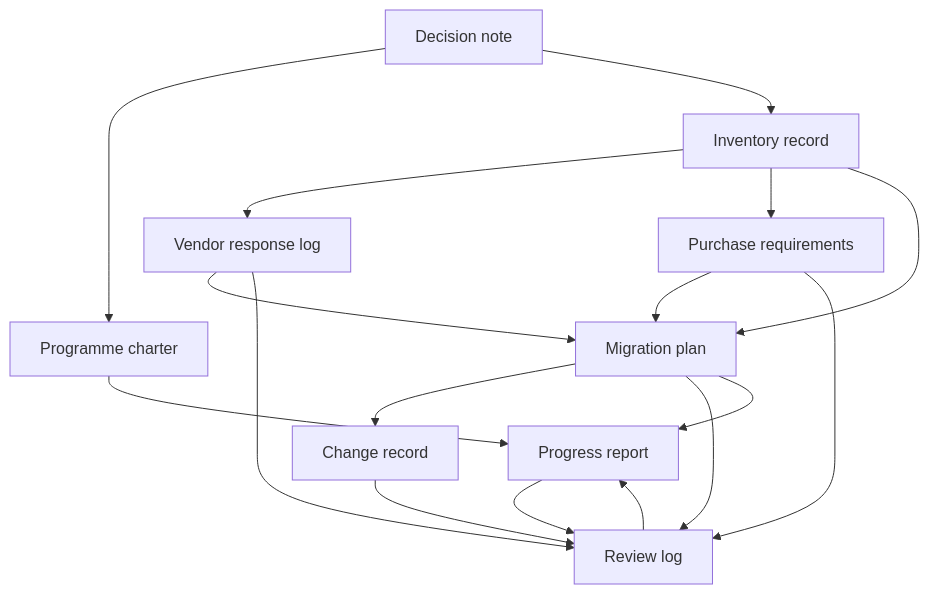
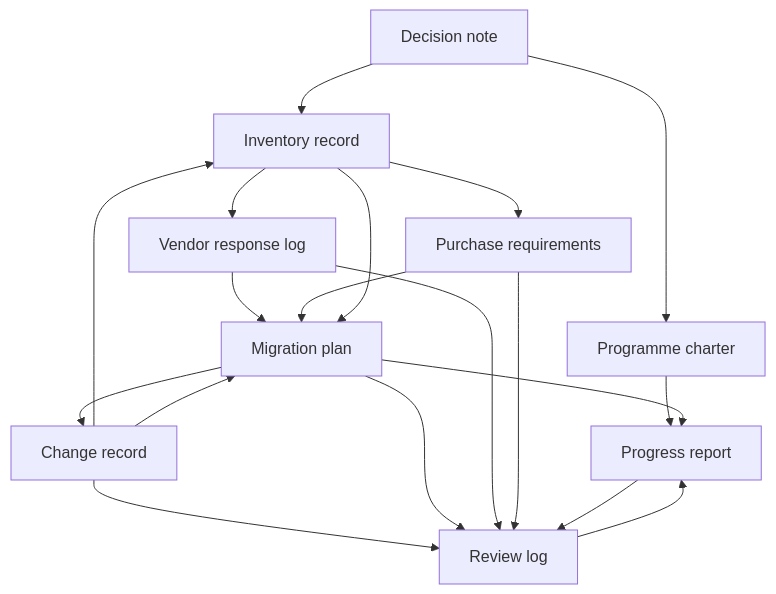
One commit to pqc-community/handbook changed the diagram in docs/resources/index.md. Above: the diagram before and after it, drawn with Mermaid. The commit also changed other lines of this file and 2 other files, not shown here.

Commit message:
docs(resources): finish the final sign-off fixes
Draw the change record's write-backs in the diagram, say which inventory
cell holds a non-updatable verifier, count purchase-requirement rows per
candidate supplier, and list the plan, review log and progress report in
the vendor-managed route's output.

````diff
--- a/docs/resources/index.md
+++ b/docs/resources/index.md
@@ -28,19 +28,21 @@
 ```mermaid
 flowchart TD
     DN[Decision note] --> CH[Programme charter]
     DN --> INV[Inventory record]
     INV --> VRL[Vendor response log]
     INV --> PRQ[Purchase requirements]
     VRL --> PLAN[Migration plan]
     PRQ --> PLAN
     INV --> PLAN
     PLAN --> CR[Change record]
     CR --> RL[Review log]
+    CR --> INV
+    CR --> PLAN
     PLAN --> RL
     VRL --> RL
     RL --> REP[Progress report]
     CH --> REP
     PLAN --> REP
     PRQ --> RL
     REP --> RL
 ```
````
